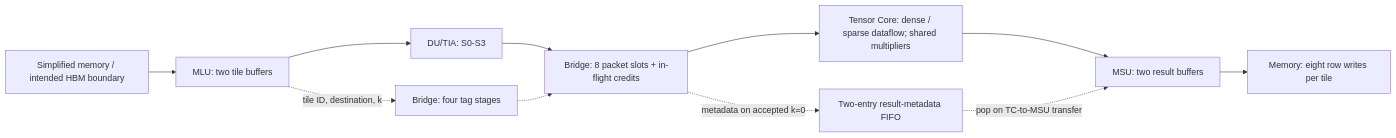
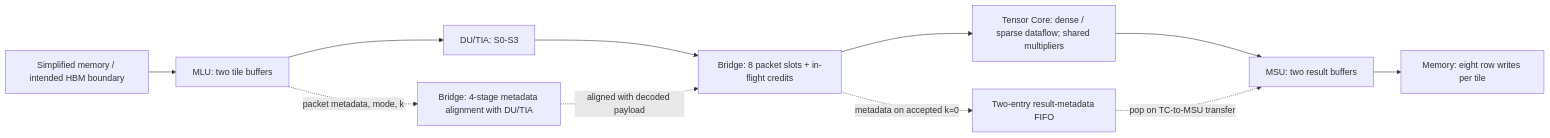
One commit to HHY-gigabtye/A-Multi-Mode-Tensor-Core-with-Shared-Multipliers-for-Dense-and-Sparse-Matrix-Multiplication changed the diagram in README.md. Above: the diagram before and after it, drawn with Mermaid. The commit also changed other lines of this file, not shown here.

First line of the commit message:
docs: clarify DU/TIA in-flight metadata alignment in Bridge

````diff
--- a/README.md
+++ b/README.md
@@ -92,13 +92,13 @@
 ```mermaid
 flowchart LR
     MEM["Simplified memory / intended HBM boundary"] --> MLU["MLU: two tile buffers"]
     MLU --> DU["DU/TIA: S0-S3"]
     DU --> FIFO["Bridge: 8 packet slots + in-flight credits"]
     FIFO --> TC["Tensor Core: dense / sparse dataflow; shared multipliers"]
     TC --> MSU["MSU: two result buffers"]
     MSU --> OUT["Memory: eight row writes per tile"]
-    MLU -. "tile ID, destination, k" .-> TAG["Bridge: four tag stages"]
-    TAG -.-> FIFO
+    MLU -. "packet metadata, mode, k" .-> TAG["Bridge: 4-stage metadata alignment with DU/TIA"]
+    TAG -. "aligned with decoded payload" .-> FIFO
     FIFO -. "metadata on accepted k=0" .-> META["Two-entry result-metadata FIFO"]
     META -. "pop on TC-to-MSU transfer" .-> MSU
 ```
````
